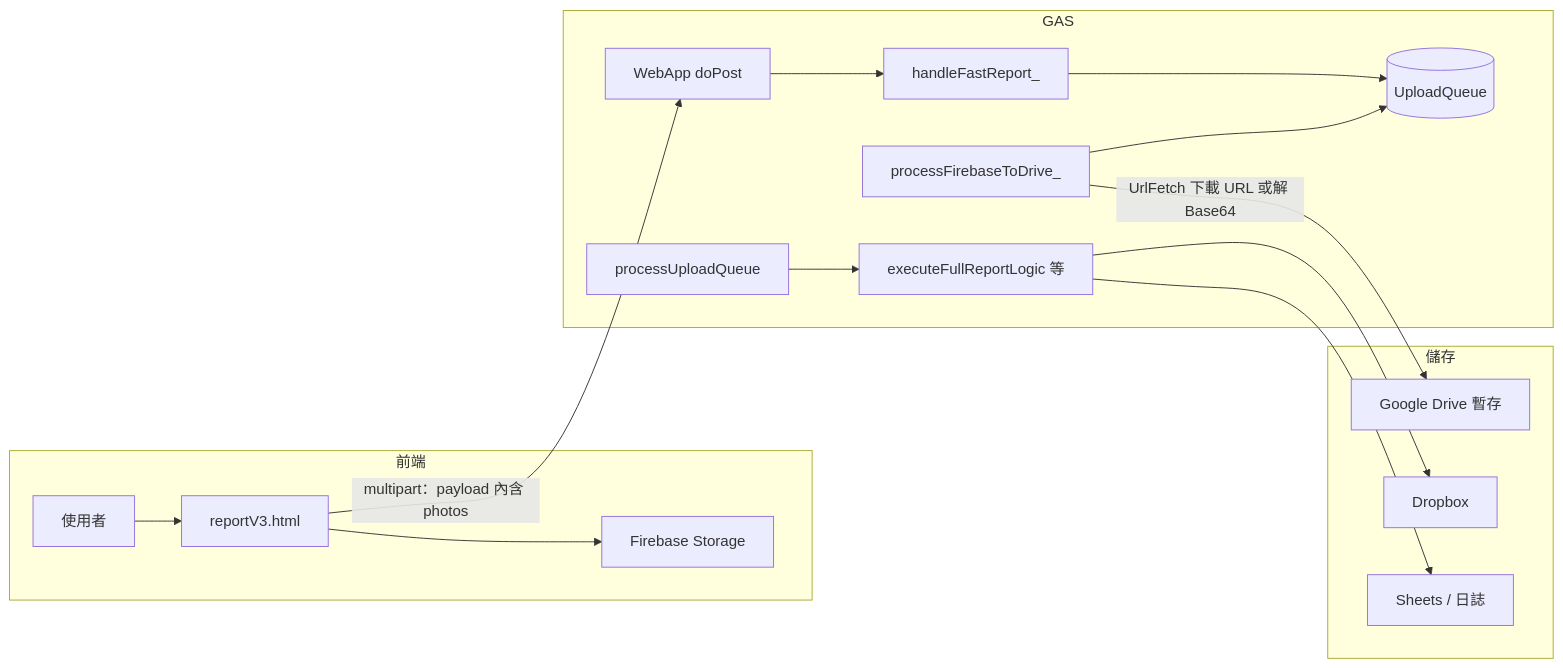
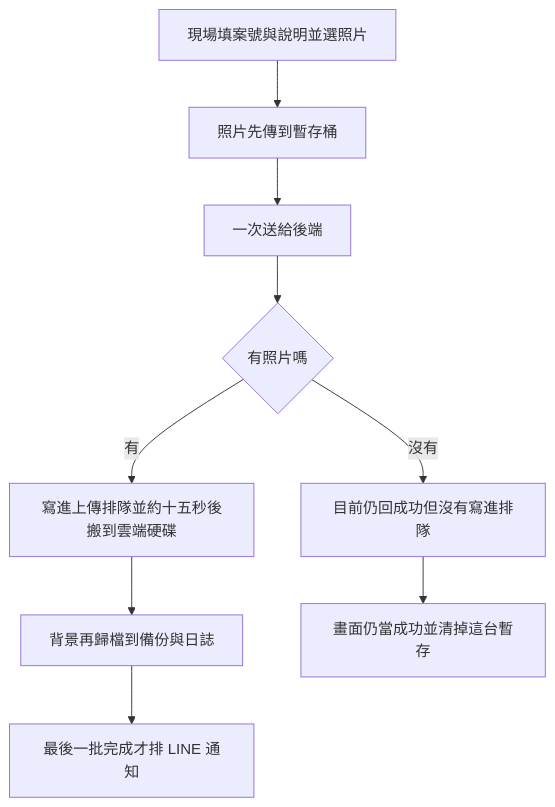
The first of 2 diagrams in SPEC/施工回報_系統完整_SPEC.md (nephi4377/liff-checkin), drawn with Mermaid before and after one commit. The commit also changed other lines of this file and 4 other files, not shown here.

````diff
--- a/SPEC/施工回報_系統完整_SPEC.md
+++ b/SPEC/施工回報_系統完整_SPEC.md
@@ -26,31 +31,11 @@
 ```mermaid
-flowchart LR
-  subgraph 前端
-    U[使用者]
-    V3[reportV3.html]
-    FB[Firebase Storage]
-  end
-  subgraph GAS
-    W[WebApp doPost]
-    F[handleFastReport_]
-    Q[(UploadQueue)]
-    P[processFirebaseToDrive_]
-    M[processUploadQueue]
-    X[executeFullReportLogic 等]
-  end
-  subgraph 儲存
-    GD[Google Drive 暫存]
-    DB[Dropbox]
-    SH[Sheets / 日誌]
-  end
-  U --> V3
-  V3 --> FB
-  V3 -->|multipart：payload 內含 photos| W
-  W --> F
-  F --> Q
-  P -->|UrlFetch 下載 URL 或解 Base64| GD
-  P --> Q
-  M --> X
-  X --> DB
-  X --> SH
+flowchart TD
+  A[現場填案號與說明並選照片] --> B[照片先傳到暫存桶]
+  B --> C[一次送給後端]
+  C --> D{有照片嗎}
+  D -->|有| E[寫進上傳排隊並約十五秒後搬到雲端硬碟]
+  D -->|沒有| F[目前仍回成功但沒有寫進排隊]
+  E --> G[背景再歸檔到備份與日誌]
+  G --> H[最後一批完成才排 LINE 通知]
+  F --> I[畫面仍當成功並清掉這台暫存]
 ```
````
